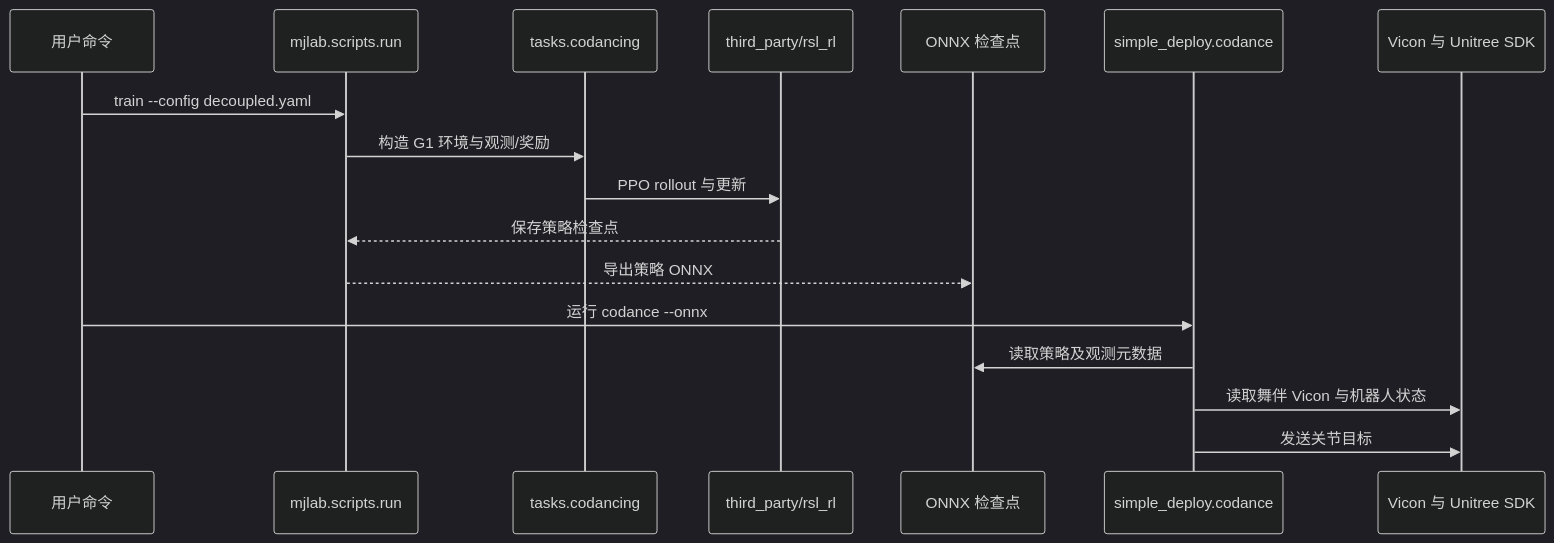
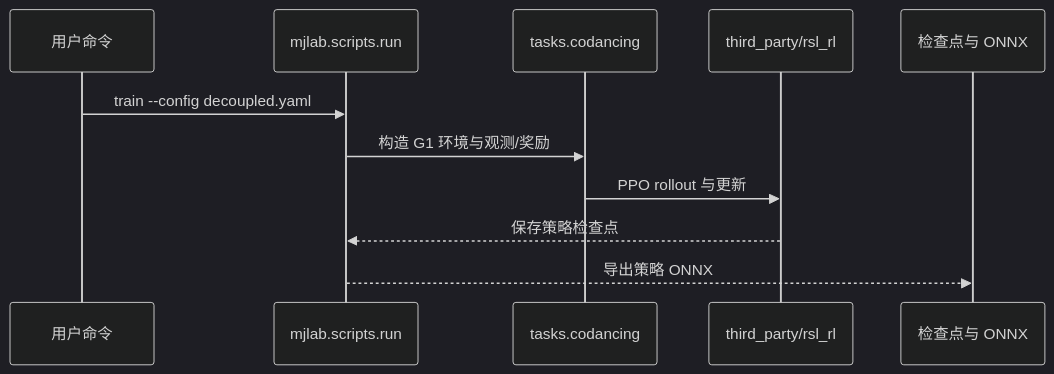
One commit to ImChong/Robotics_Notebooks changed the second of 3 diagrams in wiki/entities/paper-codance.md. Above: the diagram before and after it, drawn with Mermaid (dark theme). The commit also changed other lines of this file, not shown here.

Commit message:
[2026-10-11] docs | 修正 CoDance 页面 Markdown 与时序图分组

````diff
--- a/wiki/entities/paper-codance.md
+++ b/wiki/entities/paper-codance.md
@@ -78,19 +78,13 @@
 ```mermaid
 sequenceDiagram
     participant U as 用户命令
     participant Run as mjlab.scripts.run
     participant Task as tasks.codancing
     participant RL as third_party/rsl_rl
-    participant Export as ONNX 检查点
-    participant Deploy as simple_deploy.codance
-    participant V as Vicon 与 Unitree SDK
+    participant C as 检查点与 ONNX
     U->>Run: train --config decoupled.yaml
     Run->>Task: 构造 G1 环境与观测/奖励
     Task->>RL: PPO rollout 与更新
     RL-->>Run: 保存策略检查点
-    Run-->>Export: 导出策略 ONNX
-    U->>Deploy: 运行 codance --onnx
-    Deploy->>Export: 读取策略及观测元数据
-    Deploy->>V: 读取舞伴 Vicon 与机器人状态
-    Deploy->>V: 发送关节目标
+    Run-->>C: 导出策略 ONNX
 ```
````
